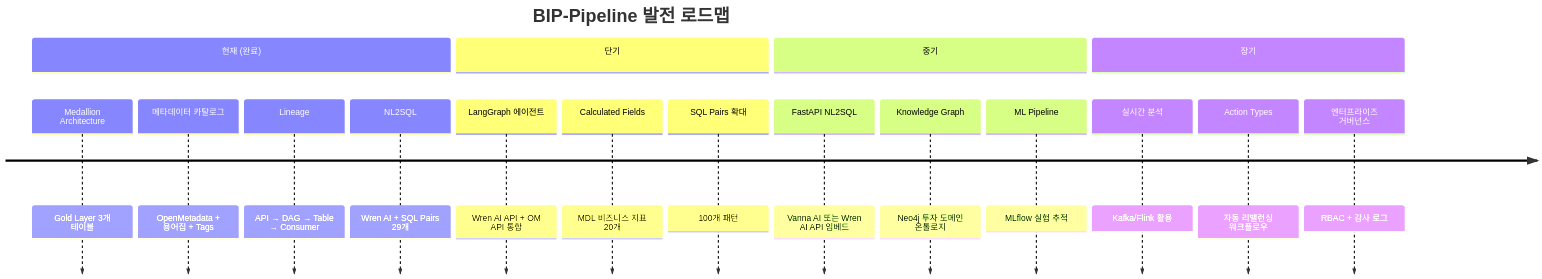
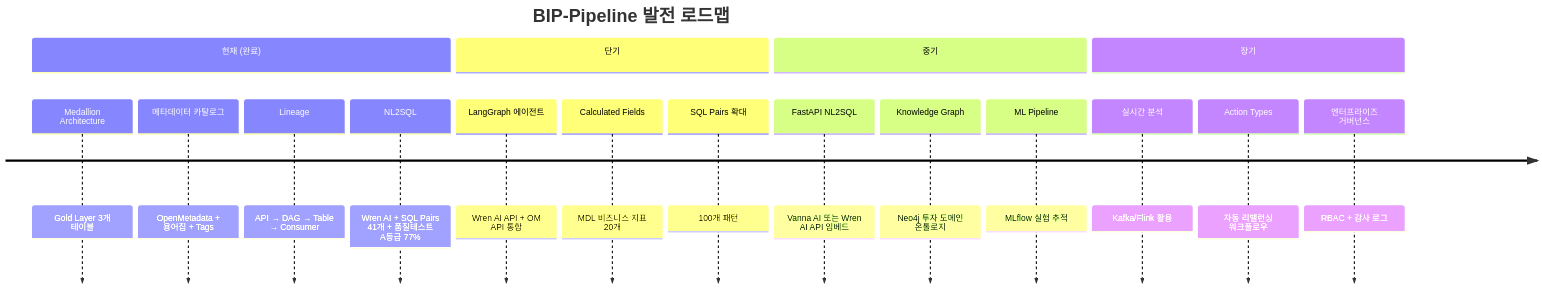
One commit to izzyLim/BIP-Pipeline changed diagram 18 of 18 in docs/wrenai_technical_guide.md. Above: the diagram before and after it, drawn with Mermaid. The commit also changed other lines of this file and 3 other files, not shown here.

````diff
--- a/docs/wrenai_technical_guide.md
+++ b/docs/wrenai_technical_guide.md
@@ -1429,21 +1449,21 @@
 ```mermaid
 timeline
     title BIP-Pipeline 발전 로드맵
     section 현재 (완료)
         Medallion Architecture : Gold Layer 3개 테이블
         메타데이터 카탈로그 : OpenMetadata + 용어집 + Tags
         Lineage : API → DAG → Table → Consumer
-        NL2SQL : Wren AI + SQL Pairs 29개
+        NL2SQL : Wren AI + SQL Pairs 41개 + 품질테스트 A등급 77%
     section 단기
         LangGraph 에이전트 : Wren AI API + OM API 통합
         Calculated Fields : MDL 비즈니스 지표 20개
         SQL Pairs 확대 : 100개 패턴
     section 중기
         FastAPI NL2SQL : Vanna AI 또는 Wren AI API 임베드
         Knowledge Graph : Neo4j 투자 도메인 온톨로지
         ML Pipeline : MLflow 실험 추적
     section 장기
         실시간 분석 : Kafka/Flink 활용
         Action Types : 자동 리밸런싱 워크플로우
         엔터프라이즈 거버넌스 : RBAC + 감사 로그
 ```
````
